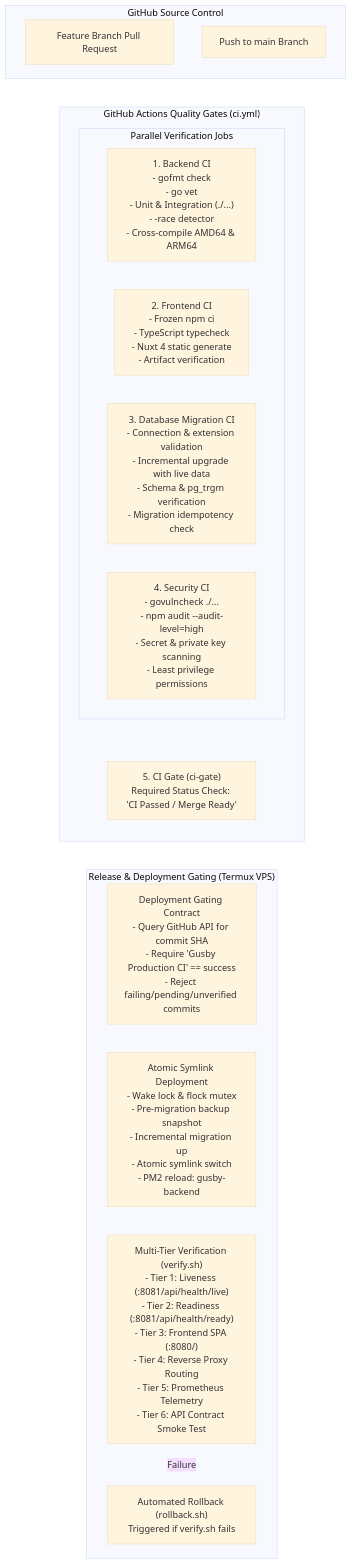
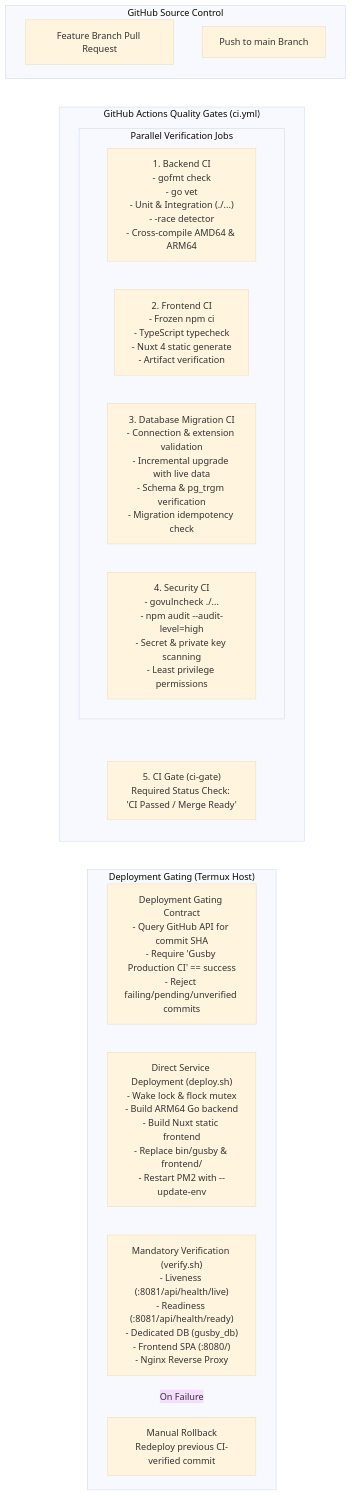
Before and after one commit to FatPandaC8/KBA: the diagram in docs/engineering/CI_CD.md, drawn with Mermaid. The commit also changed other lines of this file and 16 other files, not shown here.

````diff
--- a/docs/engineering/CI_CD.md
+++ b/docs/engineering/CI_CD.md
@@ -11,34 +11,34 @@
 ```mermaid
 %%{init: {'theme': 'base', 'themeVariables': { 'background': 'transparent' }}}%%
 flowchart TD
     subgraph SCM["GitHub Source Control"]
         PR["Feature Branch Pull Request"]
         Push["Push to main Branch"]
     end
 
     subgraph CI["GitHub Actions Quality Gates (ci.yml)"]
         direction TB
         subgraph ParallelJobs["Parallel Verification Jobs"]
             B["1. Backend CI\n- gofmt check\n- go vet\n- Unit & Integration (./...)\n- -race detector\n- Cross-compile AMD64 & ARM64"]
             F["2. Frontend CI\n- Frozen npm ci\n- TypeScript typecheck\n- Nuxt 4 static generate\n- Artifact verification"]
             D["3. Database Migration CI\n- Connection & extension validation\n- Incremental upgrade with live data\n- Schema & pg_trgm verification\n- Migration idempotency check"]
             S["4. Security CI\n- govulncheck ./...\n- npm audit --audit-level=high\n- Secret & private key scanning\n- Least privilege permissions"]
         end
         Gate["5. CI Gate (ci-gate)\nRequired Status Check: 'CI Passed / Merge Ready'"]
         ParallelJobs --> Gate
     end
 
-    subgraph CD["Release & Deployment Gating (Termux VPS)"]
+    subgraph CD["Deployment Gating (Termux Host)"]
         Gating["Deployment Gating Contract\n- Query GitHub API for commit SHA\n- Require 'Gusby Production CI' == success\n- Reject failing/pending/unverified commits"]
-        Atomic["Atomic Symlink Deployment\n- Wake lock & flock mutex\n- Pre-migration backup snapshot\n- Incremental migration up\n- Atomic symlink switch\n- PM2 reload: gusby-backend"]
-        Verify["Multi-Tier Verification (verify.sh)\n- Tier 1: Liveness (:8081/api/health/live)\n- Tier 2: Readiness (:8081/api/health/ready)\n- Tier 3: Frontend SPA (:8080/)\n- Tier 4: Reverse Proxy Routing\n- Tier 5: Prometheus Telemetry\n- Tier 6: API Contract Smoke Test"]
-        Rollback["Automated Rollback (rollback.sh)\nTriggered if verify.sh fails"]
+        Direct["Direct Service Deployment (deploy.sh)\n- Wake lock & flock mutex\n- Build ARM64 Go backend\n- Build Nuxt static frontend\n- Replace bin/gusby & frontend/\n- Restart PM2 with --update-env"]
+        Verify["Mandatory Verification (verify.sh)\n- Liveness (:8081/api/health/live)\n- Readiness (:8081/api/health/ready)\n- Dedicated DB (gusby_db)\n- Frontend SPA (:8080/)\n- Nginx Reverse Proxy"]
+        Rollback["Manual Rollback\nRedeploy previous CI-verified commit"]
     end
 
     PR --> ParallelJobs
     Push --> ParallelJobs
     Gate --> Gating
-    Gating --> Atomic
-    Atomic --> Verify
-    Verify -- "Failure" --> Rollback
+    Gating --> Direct
+    Direct --> Verify
+    Verify -.->|On Failure| Rollback
 ```
````
